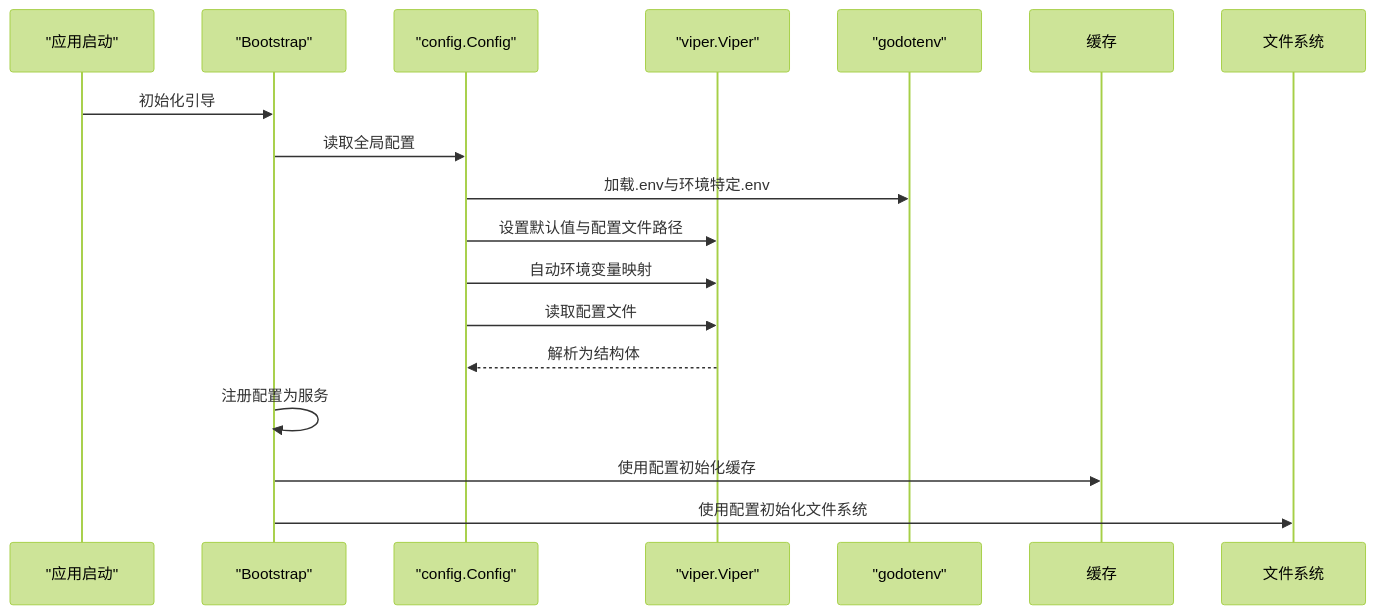
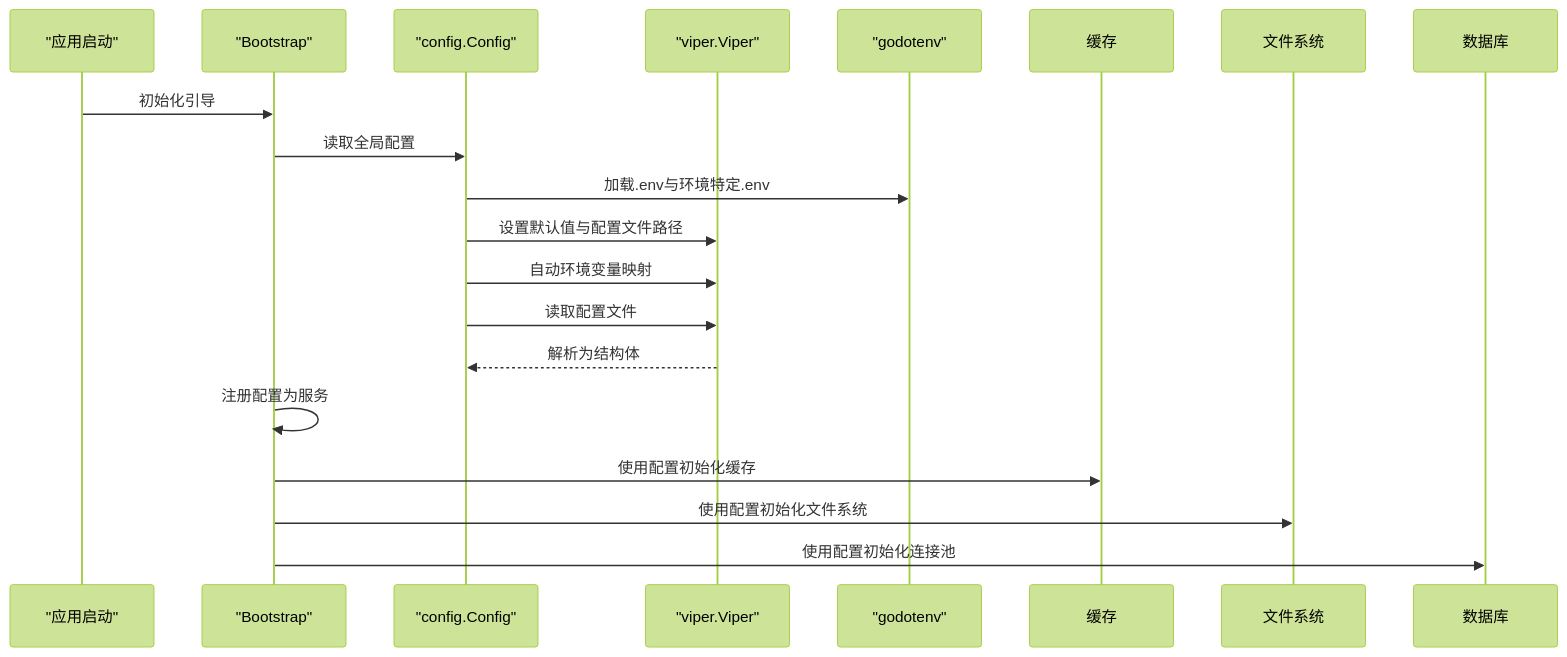
The second of 6 diagrams in .qoder/repowiki/zh/content/配置管理.md (wuwuseo/cmf), drawn with Mermaid (forest theme) before and after one commit. The commit also changed other lines of this file and 5 other files, not shown here.

````diff
--- a/.qoder/repowiki/zh/content/配置管理.md
+++ b/.qoder/repowiki/zh/content/配置管理.md
@@ -97,18 +110,19 @@
 ```mermaid
 sequenceDiagram
 participant App as "应用启动"
 participant Boot as "Bootstrap"
 participant Cfg as "config.Config"
 participant Vp as "viper.Viper"
 participant Env as "godotenv"
 App->>Boot : 初始化引导
 Boot->>Cfg : 读取全局配置
 Cfg->>Env : 加载.env与环境特定.env
 Cfg->>Vp : 设置默认值与配置文件路径
 Cfg->>Vp : 自动环境变量映射
 Cfg->>Vp : 读取配置文件
 Vp-->>Cfg : 解析为结构体
 Boot->>Boot : 注册配置为服务
 Boot->>缓存 : 使用配置初始化缓存
 Boot->>文件系统 : 使用配置初始化文件系统
+Boot->>数据库 : 使用配置初始化连接池
 ```
````
